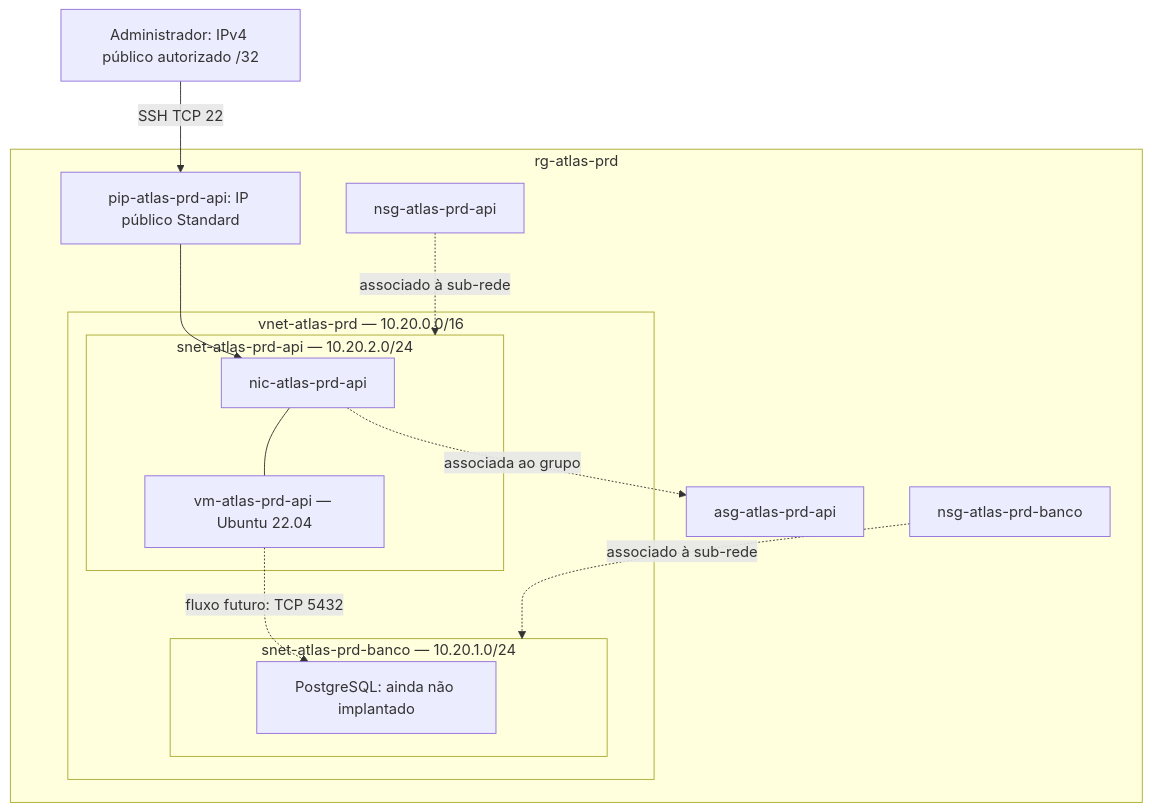
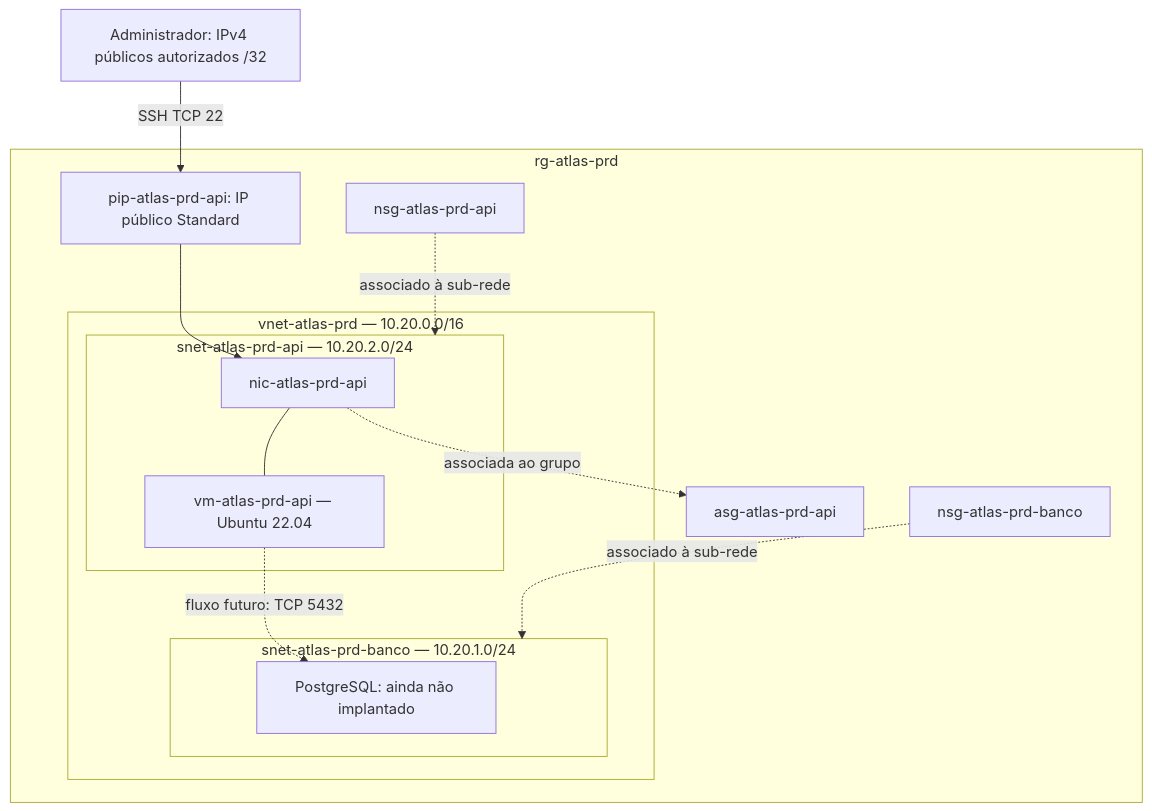
The diagram in README.md (DevDanielAlbuquerque/atlas-terraform-azure), drawn with Mermaid before and after one commit. The commit also changed other lines of this file, not shown here.

````diff
--- a/README.md
+++ b/README.md
@@ -38,26 +41,26 @@
 ```mermaid
 flowchart TD
-    ADMIN["Administrador: IPv4 público autorizado /32"]
+    ADMIN["Administrador: IPv4 públicos autorizados /32"]
     subgraph RG["rg-atlas-prd"]
         PIP["pip-atlas-prd-api: IP público Standard"]
         ASG["asg-atlas-prd-api"]
         subgraph VNET["vnet-atlas-prd — 10.20.0.0/16"]
             subgraph APP["snet-atlas-prd-api — 10.20.2.0/24"]
                 NIC["nic-atlas-prd-api"]
                 VM["vm-atlas-prd-api — Ubuntu 22.04"]
             end
             subgraph DATA["snet-atlas-prd-banco — 10.20.1.0/24"]
                 FUTURO["PostgreSQL: ainda não implantado"]
             end
         end
         NSGAPP["nsg-atlas-prd-api"]
         NSGDB["nsg-atlas-prd-banco"]
     end
     ADMIN -->|"SSH TCP 22"| PIP
     PIP --> NIC
     NIC --- VM
     NIC -.->|"associada ao grupo"| ASG
     NSGAPP -.->|"associado à sub-rede"| APP
     NSGDB -.->|"associado à sub-rede"| DATA
     VM -.->|"fluxo futuro: TCP 5432"| FUTURO
 ```
````
